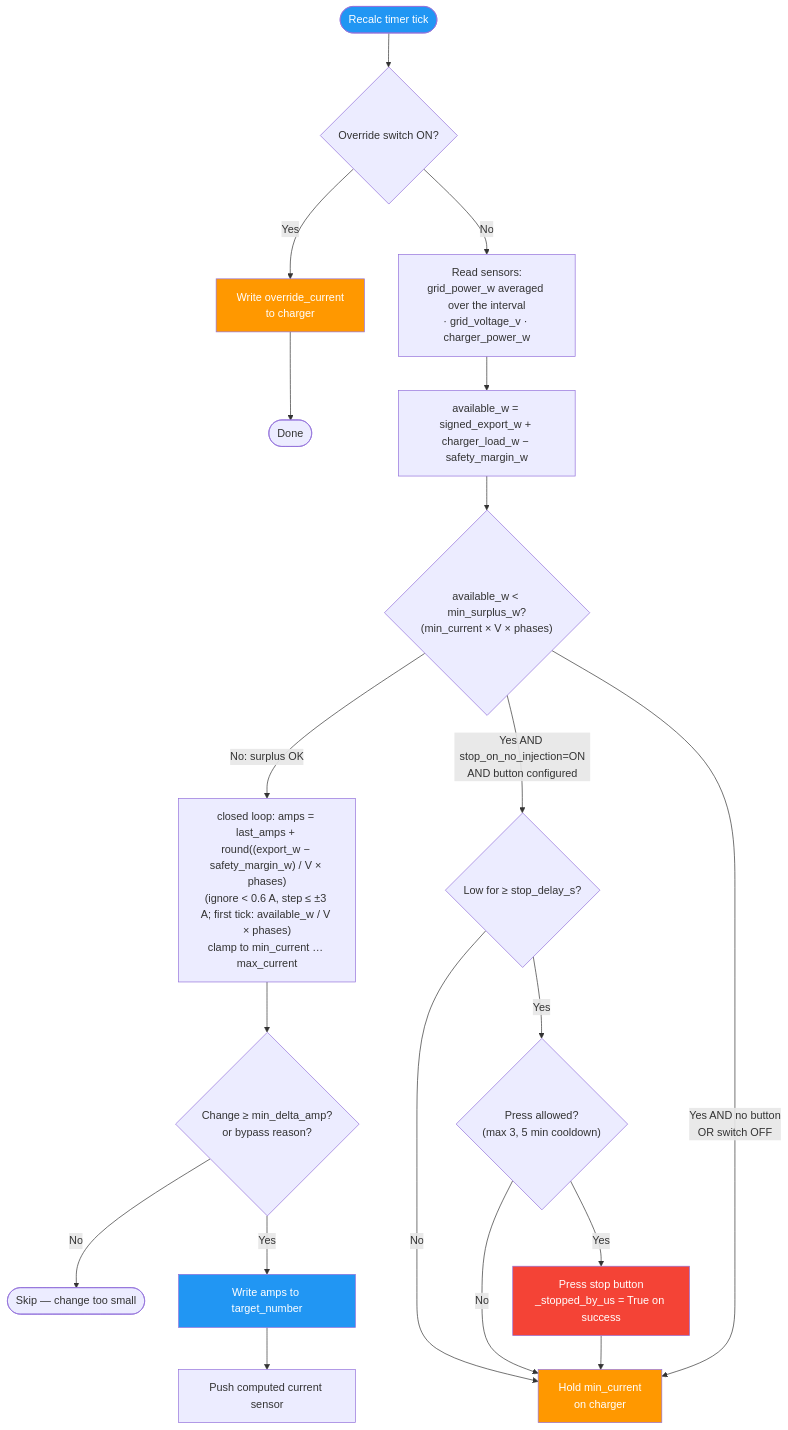
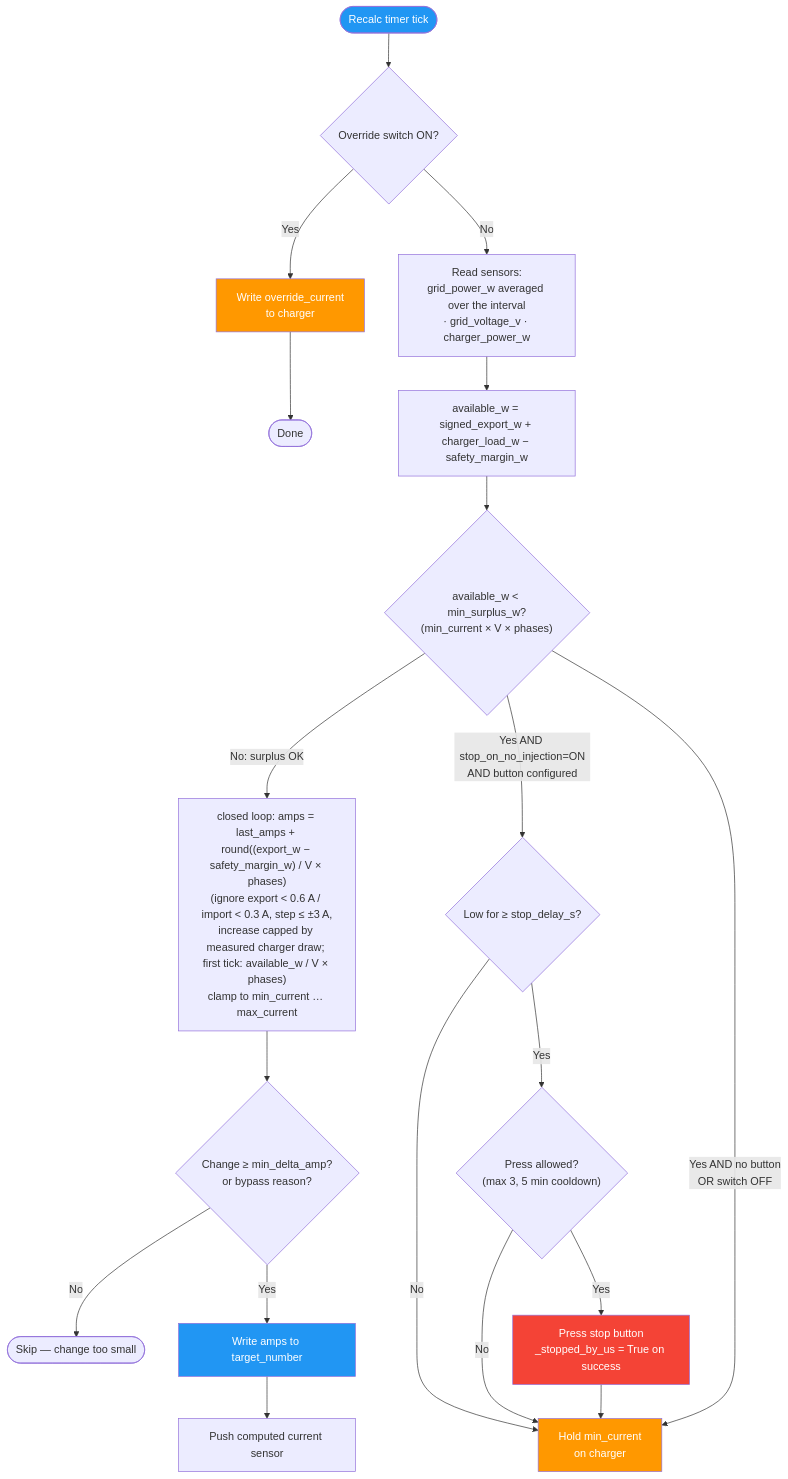
Before and after one commit to ZaBug/ev-solar-manager: the second of 3 diagrams in README.md, drawn with Mermaid. The commit also changed other lines of this file and 5 other files, not shown here.

````diff
--- a/README.md
+++ b/README.md
@@ -64,32 +64,32 @@
 ```mermaid
 flowchart TD
     TICK([Recalc timer tick]) --> OVERRIDE{Override switch ON?}
 
     OVERRIDE -- Yes --> SET_OVERRIDE[Write override_current\nto charger] --> END([Done])
 
     OVERRIDE -- No --> READ[Read sensors:\ngrid_power_w averaged over the interval\n· grid_voltage_v · charger_power_w]
     READ --> CALC["available_w = signed_export_w + charger_load_w − safety_margin_w"]
 
     CALC --> THRESH{"available_w < min_surplus_w?\n(min_current × V × phases)"}
 
-    THRESH -- No: surplus OK --> CALC_A["closed loop: amps = last_amps + round((export_w − safety_margin_w) / V × phases)\n(ignore < 0.6 A, step ≤ ±3 A; first tick: available_w / V × phases)\nclamp to min_current … max_current"]
+    THRESH -- No: surplus OK --> CALC_A["closed loop: amps = last_amps + round((export_w − safety_margin_w) / V × phases)\n(ignore export < 0.6 A / import < 0.3 A, step ≤ ±3 A,\nincrease capped by measured charger draw; first tick: available_w / V × phases)\nclamp to min_current … max_current"]
     CALC_A --> DELTA{"Change ≥ min_delta_amp?\nor bypass reason?"}
     DELTA -- No --> SKIP([Skip — change too small])
     DELTA -- Yes --> WRITE[Write amps to target_number]
     WRITE --> SENSOR[Push computed current sensor]
 
     THRESH -- Yes AND stop_on_no_injection=ON\nAND button configured --> LOW_FOR{"Low for ≥ stop_delay_s?"}
     LOW_FOR -- No --> SET_MIN
     LOW_FOR -- Yes --> CAN_PRESS{"Press allowed?\n(max 3, 5 min cooldown)"}
     CAN_PRESS -- No --> SET_MIN
     CAN_PRESS -- Yes --> PRESS_STOP[Press stop button\n_stopped_by_us = True on success]
     PRESS_STOP --> SET_MIN
 
     THRESH -- Yes AND no button\nOR switch OFF --> SET_MIN[Hold min_current\non charger]
 
     style TICK fill:#2196F3,color:#fff
     style PRESS_STOP fill:#F44336,color:#fff
     style SET_OVERRIDE fill:#FF9800,color:#fff
     style SET_MIN fill:#FF9800,color:#fff
     style WRITE fill:#2196F3,color:#fff
 ```
````
